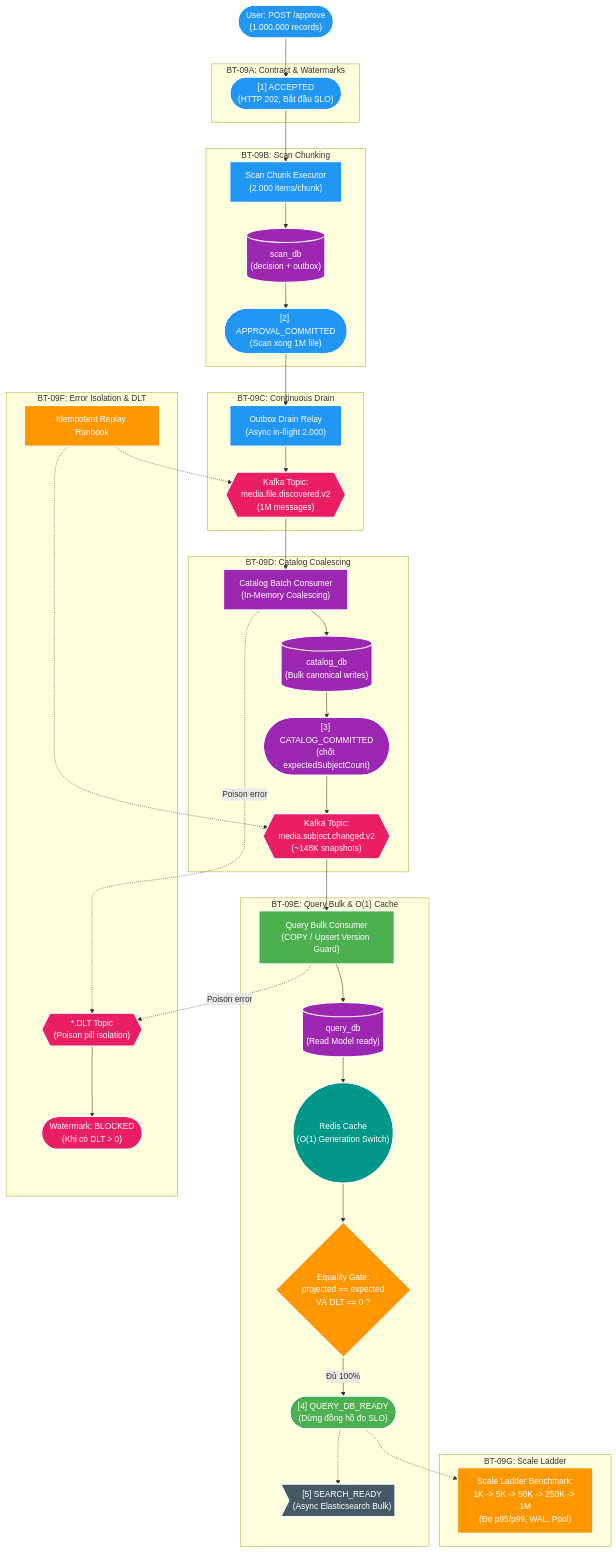
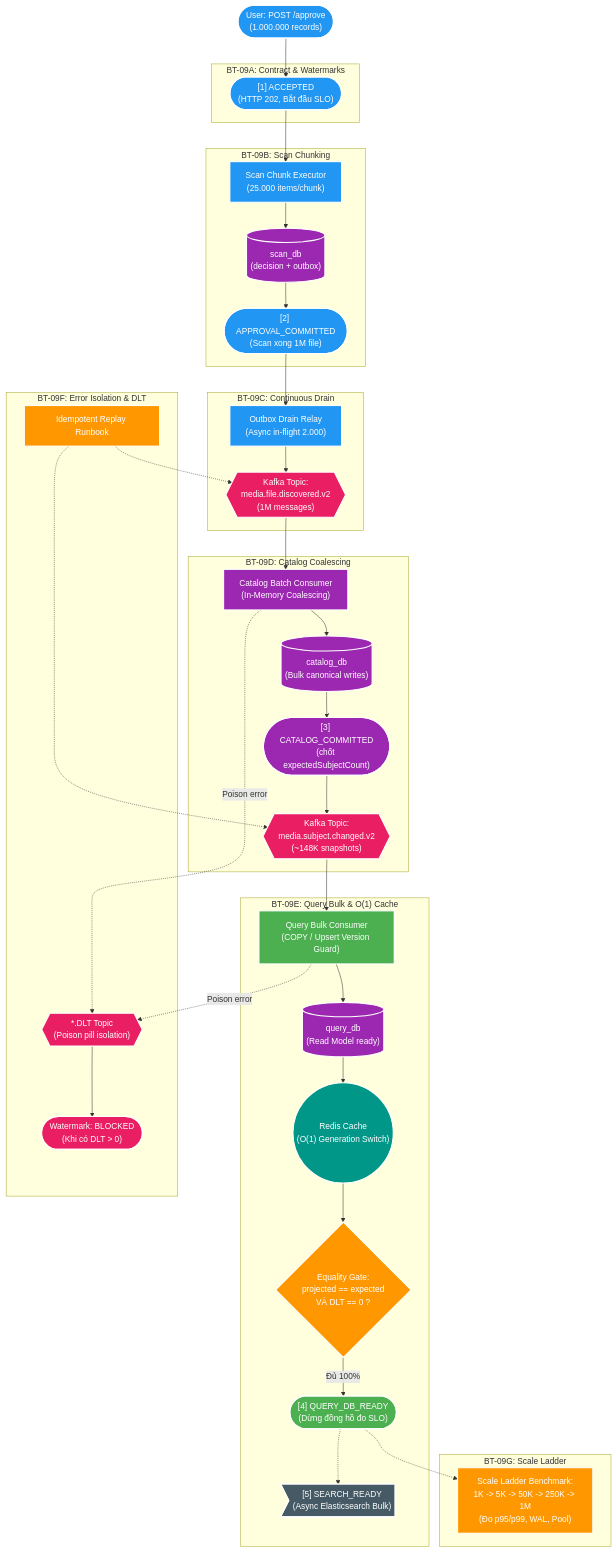
The diagram in manual/learning/use-cases/scale-capacity/sc-01-scan-one-million-filesystem-entry/references/explain-bt09-master-pipeline-map.md (HungPhan200591/file-mngt-be-v2), drawn with Mermaid before and after one commit. The commit also changed other lines of this file and 4 other files, not shown here.

Commit message:
feat(documentation): update chunk size references to 25,000 items for BT-09B and related analyses

```diff
--- a/manual/learning/use-cases/scale-capacity/sc-01-scan-one-million-filesystem-entry/references/explain-bt09-master-pipeline-map.md
+++ b/manual/learning/use-cases/scale-capacity/sc-01-scan-one-million-filesystem-entry/references/explain-bt09-master-pipeline-map.md
@@ -16,7 +16,7 @@
     end
 
     subgraph STAGE_B["BT-09B: Scan Chunking"]
-        S_CHUNK["Scan Chunk Executor<br/>(2.000 items/chunk)"]
+        S_CHUNK["Scan Chunk Executor<br/>(25.000 items/chunk)"]
         S_DB[("scan_db<br/>(decision + outbox)")]
         W_SCAN(["[2] APPROVAL_COMMITTED<br/>(Scan xong 1M file)"])
     end
```
